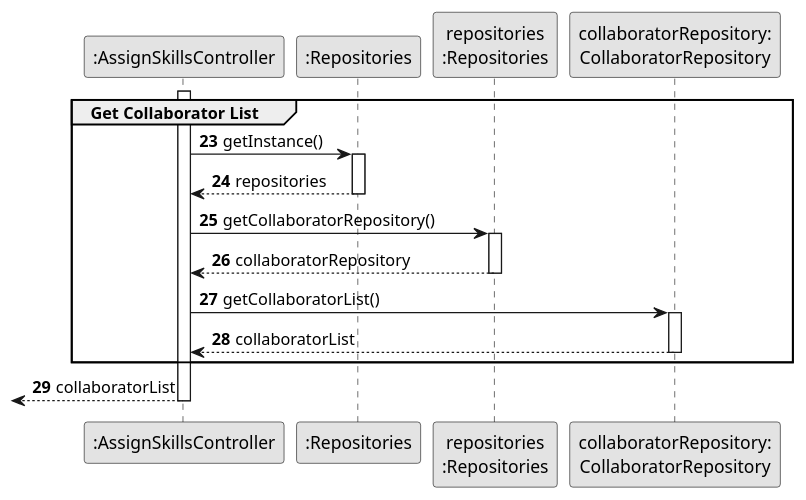
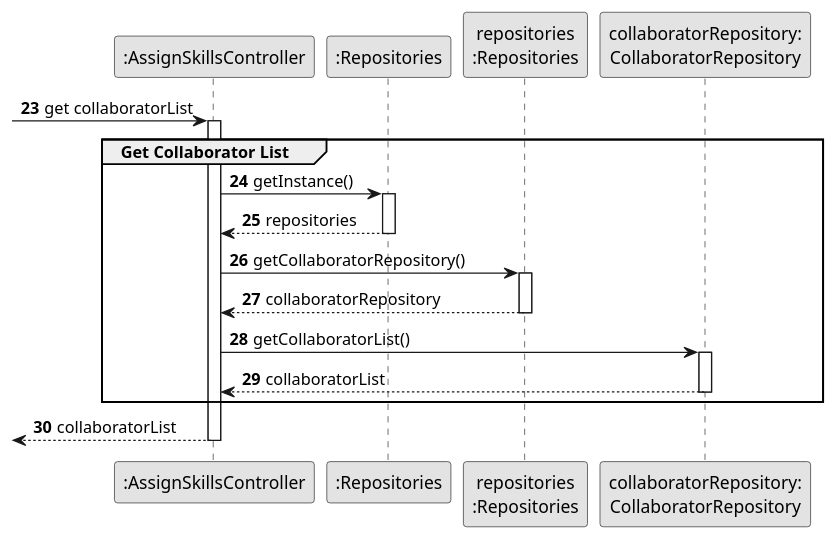
Before and after one commit to ricardomm7/leaflink: the diagram in docs/sprintB/us004/03.design/puml/us004-sequence-diagram-partial-get-collaborator-list.puml, drawn with PlantUML. The commit also changed 20 other files, not shown here.

```diff
--- a/docs/sprintB/us004/03.design/puml/us004-sequence-diagram-partial-get-collaborator-list.puml
+++ b/docs/sprintB/us004/03.design/puml/us004-sequence-diagram-partial-get-collaborator-list.puml
@@ -1,38 +1,38 @@
 @startuml
 skinparam monochrome true
 skinparam packageStyle rectangle
 skinparam shadowing false
 
 autonumber 23
 
 participant ":AssignSkillsController" as CTRL
 participant ":Repositories" as GlobRepo
 participant "repositories\n:Repositories" as PLAT
 participant "collaboratorRepository:\nCollaboratorRepository" as CLBREP
 
-
+-> CTRL: get collaboratorList
 
 activate CTRL
 group Get Collaborator List
 CTRL -> GlobRepo : getInstance()
 activate GlobRepo
 
 GlobRepo --> CTRL : repositories
 deactivate GlobRepo
 
 CTRL -> PLAT : getCollaboratorRepository()
 activate PLAT
 
 PLAT -->  CTRL: collaboratorRepository
 deactivate PLAT
 
 CTRL -> CLBREP : getCollaboratorList()
 activate CLBREP
 
 CLBREP --> CTRL : collaboratorList
 deactivate CLBREP
 end
 <-- CTRL : collaboratorList
 deactivate CTRL
 
 @enduml
```
